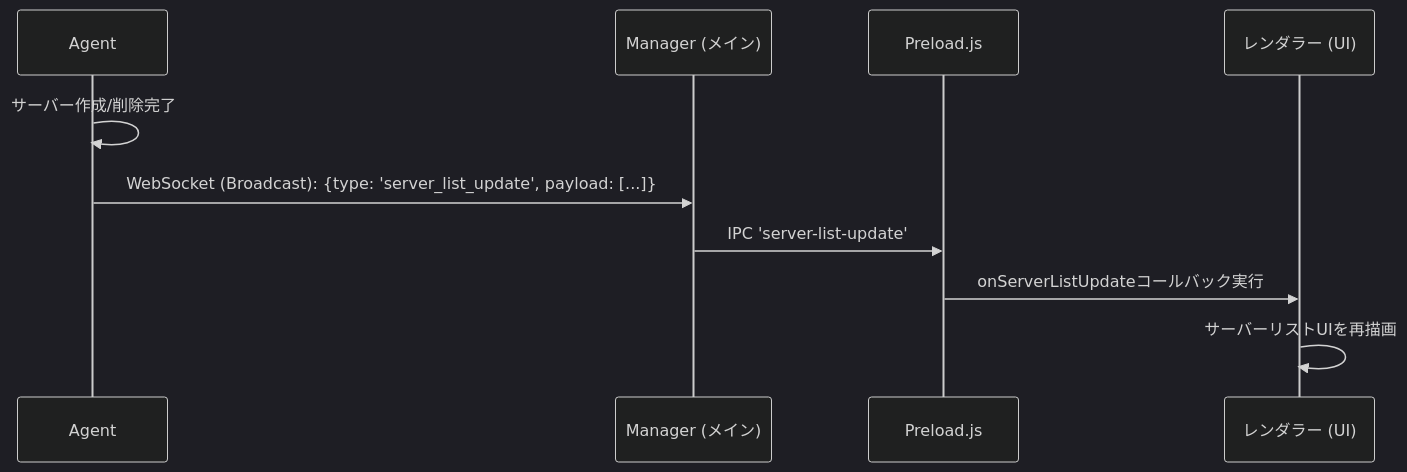
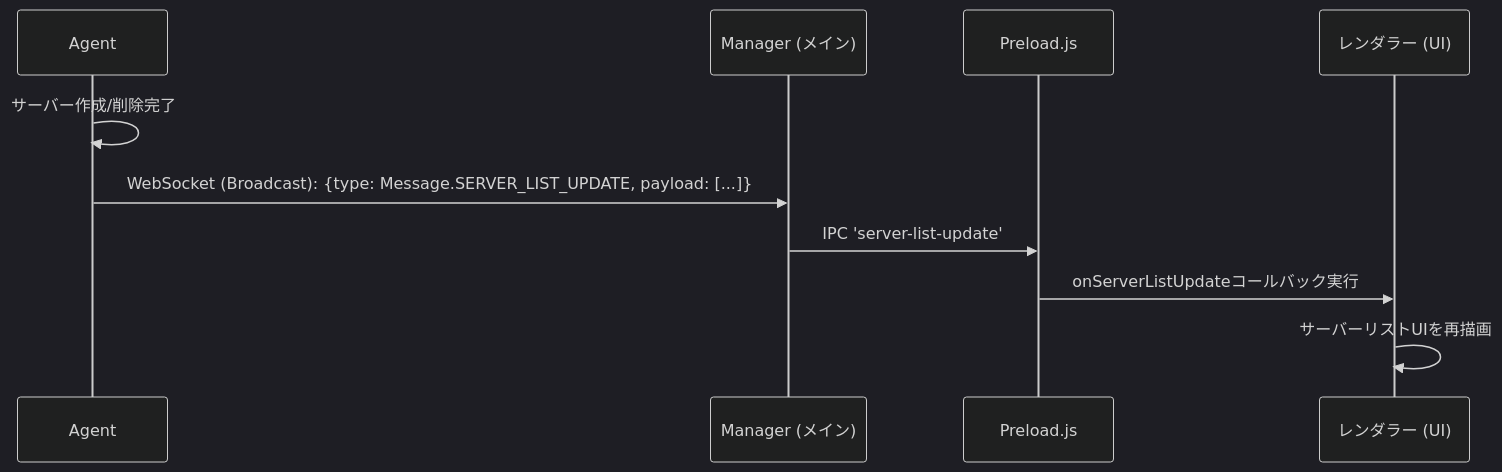
The second of 6 diagrams in markdown/docs/COMMUNICATION_FLOW.md (Nekolite-Studio/NL-ServerManager), drawn with Mermaid (dark theme) before and after one commit. The commit also changed other lines of this file and 24 other files, not shown here.

````diff
--- a/markdown/docs/COMMUNICATION_FLOW.md
+++ b/markdown/docs/COMMUNICATION_FLOW.md
@@ -55,13 +55,13 @@
 ```mermaid
 sequenceDiagram
     participant Agent
     participant Main as Manager (メイン)
     participant Preload as Preload.js
     participant Renderer as レンダラー (UI)
 
     Agent->>Agent: サーバー作成/削除完了
-    Agent->>Main: WebSocket (Broadcast): {type: 'server_list_update', payload: [...]}
+    Agent->>Main: WebSocket (Broadcast): {type: Message.SERVER_LIST_UPDATE, payload: [...]}
     Main->>Preload: IPC 'server-list-update'
     Preload->>Renderer: onServerListUpdateコールバック実行
     Renderer->>Renderer: サーバーリストUIを再描画
 ```
````
